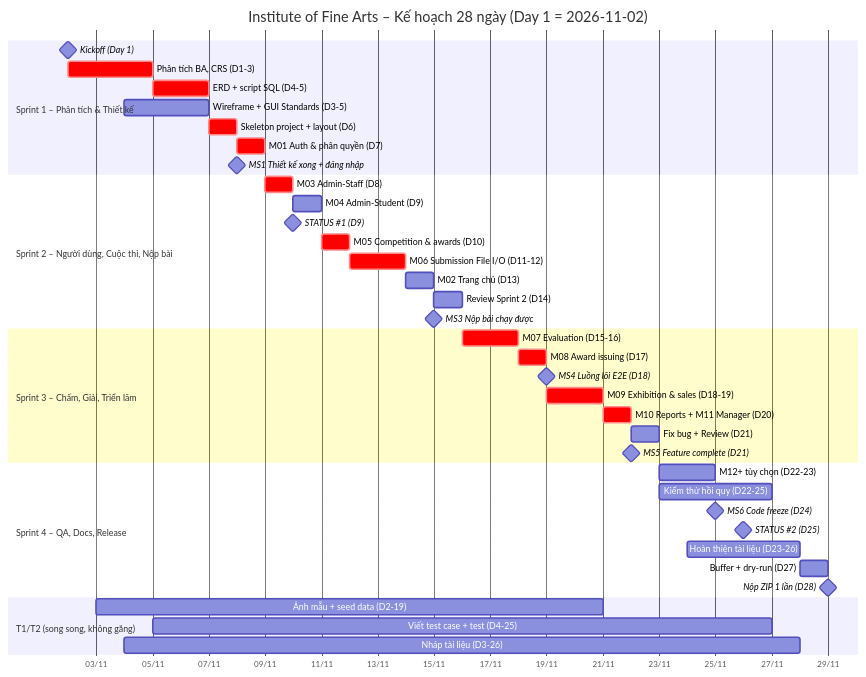
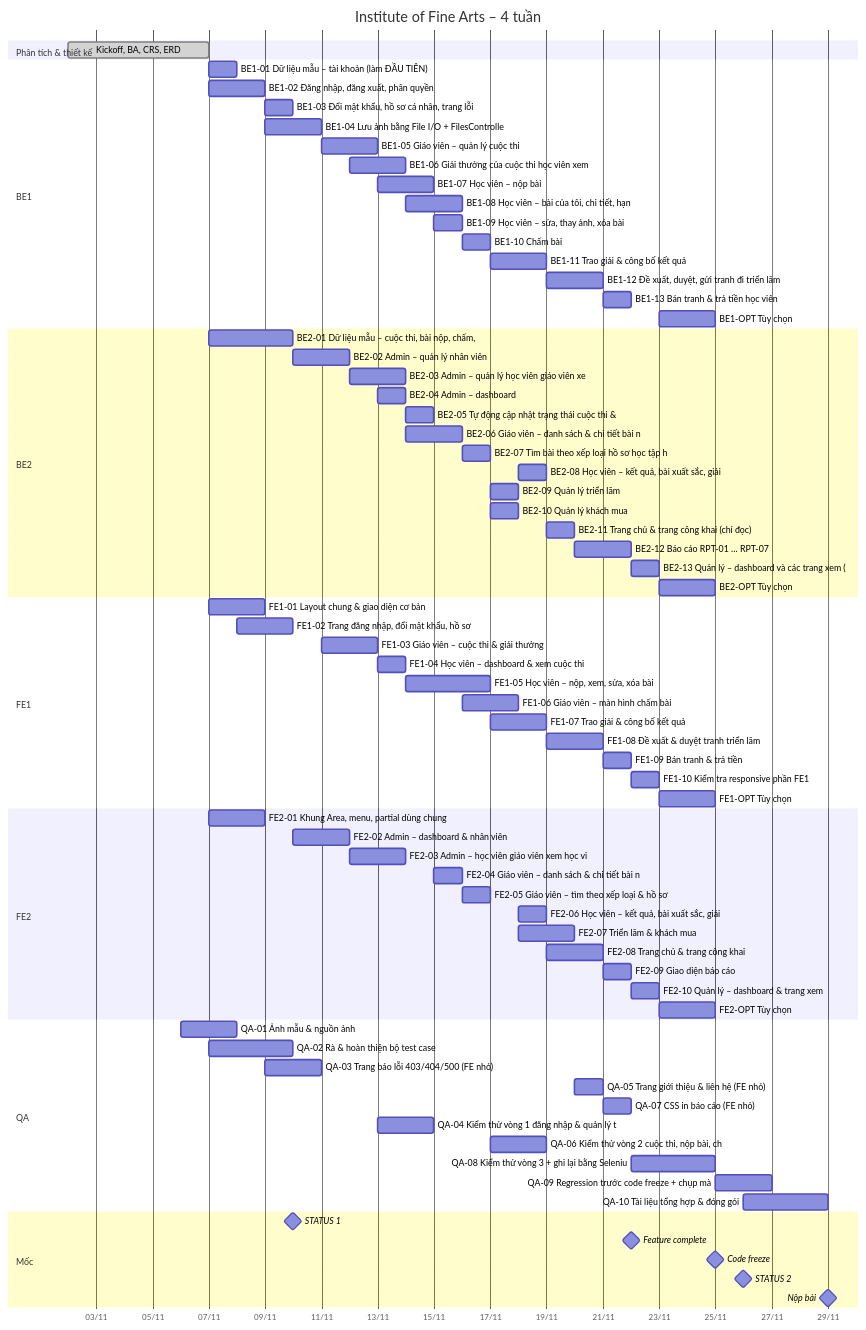
Before and after one commit to M0M0M0M0/institute_of_fine_arts: the diagram in docs/plan/03_Ke_hoach_Tien_do_Phan_cong.md, drawn with Mermaid. The commit also changed other lines of this file and 27 other files, not shown here.

First line of the commit message:
Cập nhật theo đội hình 5 người: BE1, BE2, FE1, FE2, QA

````diff
--- a/docs/plan/03_Ke_hoach_Tien_do_Phan_cong.md
+++ b/docs/plan/03_Ke_hoach_Tien_do_Phan_cong.md
@@ -216,48 +163,79 @@
 ```mermaid
 gantt
-    title Institute of Fine Arts – Kế hoạch 28 ngày (Day 1 = 2026-11-02)
-    dateFormat  YYYY-MM-DD
-    axisFormat  %d/%m
-
-    section Sprint 1 – Phân tích & Thiết kế
-    Kickoff (Day 1)                     :milestone, ms0, 2026-11-02, 0d
-    Phân tích BA, CRS (D1-3)            :crit, ba, 2026-11-02, 3d
-    ERD + script SQL (D4-5)             :crit, erd, after ba, 2d
-    Wireframe + GUI Standards (D3-5)    :wf, 2026-11-04, 3d
-    Skeleton project + layout (D6)      :crit, sk, after erd, 1d
-    M01 Auth & phân quyền (D7)          :crit, m01, after sk, 1d
-    MS1 Thiết kế xong + đăng nhập       :milestone, ms1, 2026-11-08, 0d
-
-    section Sprint 2 – Người dùng, Cuộc thi, Nộp bài
-    M03 Admin-Staff (D8)                :crit, m03, 2026-11-09, 1d
-    M04 Admin-Student (D9)              :m04, 2026-11-10, 1d
-    STATUS #1 (D9)                      :milestone, st1, 2026-11-10, 0d
-    M05 Competition & awards (D10)      :crit, m05, 2026-11-11, 1d
-    M06 Submission File I/O (D11-12)    :crit, m06, after m05, 2d
-    M02 Trang chủ (D13)                 :m02, after m06, 1d
-    Review Sprint 2 (D14)               :rv2, after m02, 1d
-    MS3 Nộp bài chạy được               :milestone, ms3, 2026-11-15, 0d
-
-    section Sprint 3 – Chấm, Giải, Triển lãm
-    M07 Evaluation (D15-16)             :crit, m07, 2026-11-16, 2d
-    M08 Award issuing (D17)             :crit, m08, after m07, 1d
-    MS4 Luồng lõi E2E (D18)             :milestone, ms4, 2026-11-19, 0d
-    M09 Exhibition & sales (D18-19)     :crit, m09, after m08, 2d
-    M10 Reports + M11 Manager (D20)     :crit, m10, after m09, 1d
-    Fix bug + Review (D21)              :rv3, after m10, 1d
-    MS5 Feature complete (D21)          :milestone, ms5, 2026-11-22, 0d
-
-    section Sprint 4 – QA, Docs, Release
-    M12+ tùy chọn (D22-23)              :opt, 2026-11-23, 2d
-    Kiểm thử hồi quy (D22-25)           :qa, 2026-11-23, 4d
-    MS6 Code freeze (D24)               :milestone, ms6, 2026-11-25, 0d
-    STATUS #2 (D25)                     :milestone, st2, 2026-11-26, 0d
-    Hoàn thiện tài liệu (D23-26)        :doc, 2026-11-24, 4d
-    Buffer + dry-run (D27)              :buf, 2026-11-28, 1d
-    Nộp ZIP 1 lần (D28)                 :milestone, ms9, 2026-11-29, 0d
-
-    section T1/T2 (song song, không găng)
-    Ảnh mẫu + seed data (D2-19)         :t2a, 2026-11-03, 18d
-    Viết test case + test (D4-25)       :t1a, 2026-11-05, 22d
-    Nháp tài liệu (D3-26)               :t1b, 2026-11-04, 24d
+    title Institute of Fine Arts – 4 tuần
+    dateFormat YYYY-MM-DD
+    axisFormat %d/%m
+    section Phân tích & thiết kế
+    Kickoff, BA, CRS, ERD :done, ba, 2026-11-02, 5d
+    section BE1
+    BE1-01 Dữ liệu mẫu – tài khoản (làm ĐẦU TIÊN) :be101, 2026-11-07, 1d
+    BE1-02 Đăng nhập, đăng xuất, phân quyền :be102, 2026-11-07, 2d
+    BE1-03 Đổi mật khẩu, hồ sơ cá nhân, trang lỗi :be103, 2026-11-09, 1d
+    BE1-04 Lưu ảnh bằng File I/O + FilesControlle :be104, 2026-11-09, 2d
+    BE1-05 Giáo viên – quản lý cuộc thi :be105, 2026-11-11, 2d
+    BE1-06 Giải thưởng của cuộc thi  học viên xem :be106, 2026-11-12, 2d
+    BE1-07 Học viên – nộp bài :be107, 2026-11-13, 2d
+    BE1-08 Học viên – bài của tôi, chi tiết, hạn  :be108, 2026-11-14, 2d
+    BE1-09 Học viên – sửa, thay ảnh, xóa bài :be109, 2026-11-15, 1d
+    BE1-10 Chấm bài :be110, 2026-11-16, 1d
+    BE1-11 Trao giải & công bố kết quả :be111, 2026-11-17, 2d
+    BE1-12 Đề xuất, duyệt, gửi tranh đi triển lãm :be112, 2026-11-19, 2d
+    BE1-13 Bán tranh & trả tiền học viên :be113, 2026-11-21, 1d
+    BE1-OPT Tùy chọn :be1opt, 2026-11-23, 2d
+    section BE2
+    BE2-01 Dữ liệu mẫu – cuộc thi, bài nộp, chấm, :be201, 2026-11-07, 3d
+    BE2-02 Admin – quản lý nhân viên :be202, 2026-11-10, 2d
+    BE2-03 Admin – quản lý học viên  giáo viên xe :be203, 2026-11-12, 2d
+    BE2-04 Admin – dashboard :be204, 2026-11-13, 1d
+    BE2-05 Tự động cập nhật trạng thái cuộc thi & :be205, 2026-11-14, 1d
+    BE2-06 Giáo viên – danh sách & chi tiết bài n :be206, 2026-11-14, 2d
+    BE2-07 Tìm bài theo xếp loại  hồ sơ học tập h :be207, 2026-11-16, 1d
+    BE2-08 Học viên – kết quả, bài xuất sắc, giải :be208, 2026-11-18, 1d
+    BE2-09 Quản lý triển lãm :be209, 2026-11-17, 1d
+    BE2-10 Quản lý khách mua :be210, 2026-11-17, 1d
+    BE2-11 Trang chủ & trang công khai (chỉ đọc) :be211, 2026-11-19, 1d
+    BE2-12 Báo cáo RPT-01 … RPT-07 :be212, 2026-11-20, 2d
+    BE2-13 Quản lý – dashboard và các trang xem ( :be213, 2026-11-22, 1d
+    BE2-OPT Tùy chọn :be2opt, 2026-11-23, 2d
+    section FE1
+    FE1-01 Layout chung & giao diện cơ bản :fe101, 2026-11-07, 2d
+    FE1-02 Trang đăng nhập, đổi mật khẩu, hồ sơ :fe102, 2026-11-08, 2d
+    FE1-03 Giáo viên – cuộc thi & giải thưởng :fe103, 2026-11-11, 2d
+    FE1-04 Học viên – dashboard & xem cuộc thi :fe104, 2026-11-13, 1d
+    FE1-05 Học viên – nộp, xem, sửa, xóa bài :fe105, 2026-11-14, 3d
+    FE1-06 Giáo viên – màn hình chấm bài :fe106, 2026-11-16, 2d
+    FE1-07 Trao giải & công bố kết quả :fe107, 2026-11-17, 2d
+    FE1-08 Đề xuất & duyệt tranh triển lãm :fe108, 2026-11-19, 2d
+    FE1-09 Bán tranh & trả tiền :fe109, 2026-11-21, 1d
+    FE1-10 Kiểm tra responsive phần FE1 :fe110, 2026-11-22, 1d
+    FE1-OPT Tùy chọn :fe1opt, 2026-11-23, 2d
+    section FE2
+    FE2-01 Khung Area, menu, partial dùng chung :fe201, 2026-11-07, 2d
+    FE2-02 Admin – dashboard & nhân viên :fe202, 2026-11-10, 2d
+    FE2-03 Admin – học viên  giáo viên xem học vi :fe203, 2026-11-12, 2d
+    FE2-04 Giáo viên – danh sách & chi tiết bài n :fe204, 2026-11-15, 1d
+    FE2-05 Giáo viên – tìm theo xếp loại & hồ sơ  :fe205, 2026-11-16, 1d
+    FE2-06 Học viên – kết quả, bài xuất sắc, giải :fe206, 2026-11-18, 1d
+    FE2-07 Triển lãm & khách mua :fe207, 2026-11-18, 2d
+    FE2-08 Trang chủ & trang công khai :fe208, 2026-11-19, 2d
+    FE2-09 Giao diện báo cáo :fe209, 2026-11-21, 1d
+    FE2-10 Quản lý – dashboard & trang xem :fe210, 2026-11-22, 1d
+    FE2-OPT Tùy chọn :fe2opt, 2026-11-23, 2d
+    section QA
+    QA-01 Ảnh mẫu & nguồn ảnh :qa01, 2026-11-06, 2d
+    QA-02 Rà & hoàn thiện bộ test case :qa02, 2026-11-07, 3d
+    QA-03 Trang báo lỗi 403/404/500 (FE nhỏ) :qa03, 2026-11-09, 2d
+    QA-05 Trang giới thiệu & liên hệ (FE nhỏ) :qa05, 2026-11-20, 1d
+    QA-07 CSS in báo cáo (FE nhỏ) :qa07, 2026-11-21, 1d
+    QA-04 Kiểm thử vòng 1  đăng nhập & quản lý t :qa04, 2026-11-13, 2d
+    QA-06 Kiểm thử vòng 2  cuộc thi, nộp bài, ch :qa06, 2026-11-17, 2d
+    QA-08 Kiểm thử vòng 3 + ghi lại bằng Seleniu :qa08, 2026-11-22, 3d
+    QA-09 Regression trước code freeze + chụp mà :qa09, 2026-11-25, 2d
+    QA-10 Tài liệu tổng hợp & đóng gói :qa10, 2026-11-26, 3d
+    section Mốc
+    STATUS 1 :milestone, 2026-11-10, 0d
+    Feature complete :milestone, 2026-11-22, 0d
+    Code freeze :milestone, 2026-11-25, 0d
+    STATUS 2 :milestone, 2026-11-26, 0d
+    Nộp bài :milestone, 2026-11-29, 0d
 ```
````
